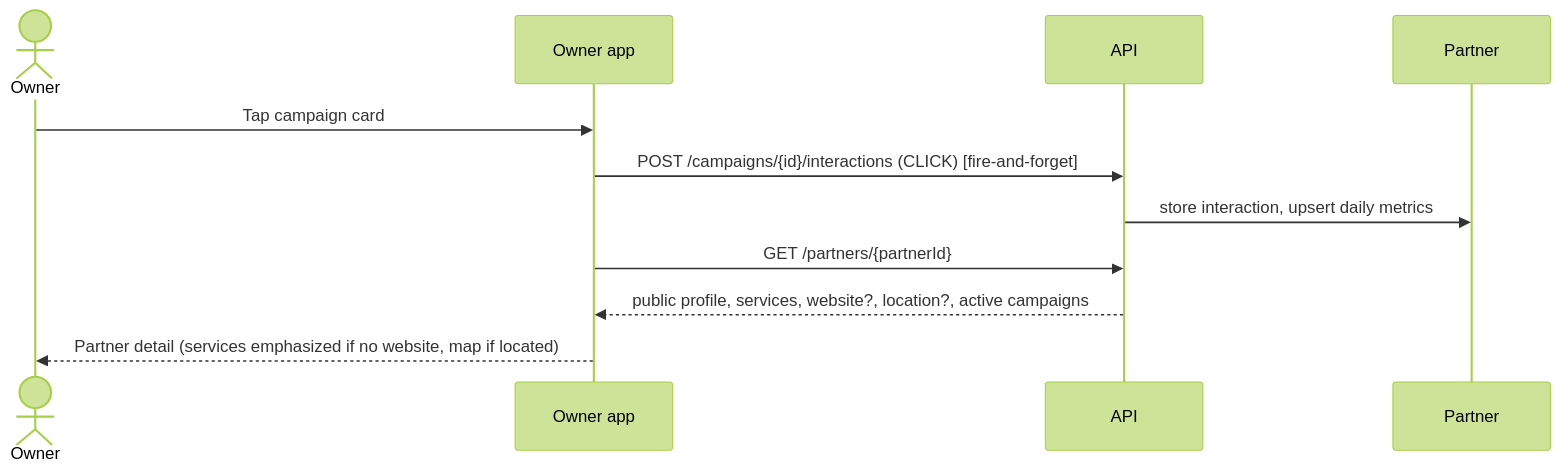
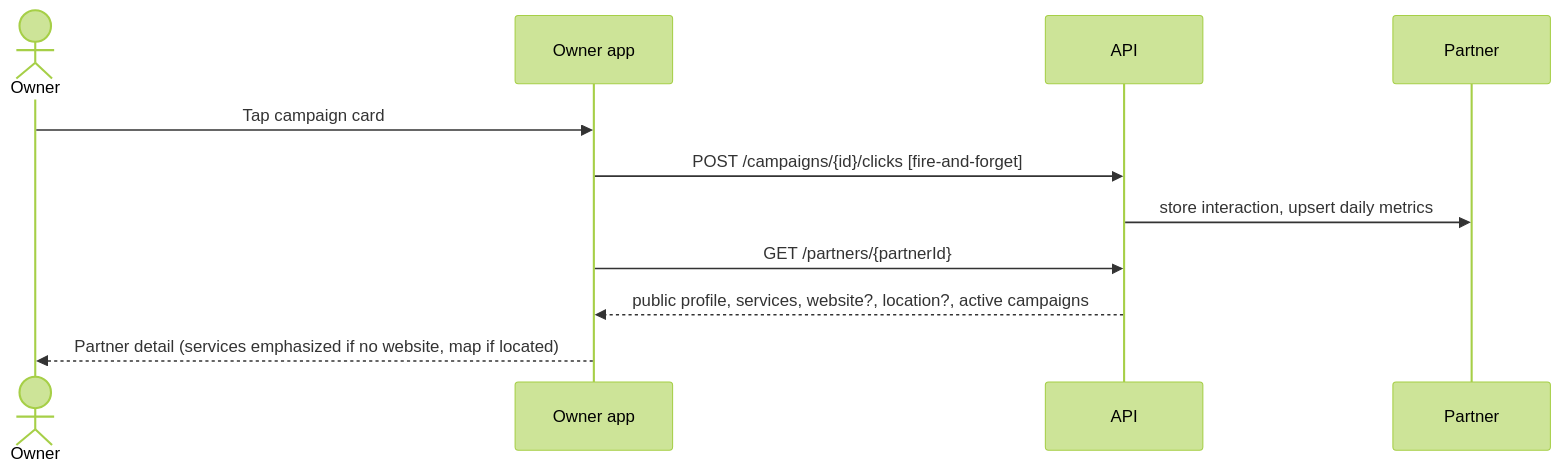
Before and after one commit to i3focus/paw-motion-ai: the ninth of 10 diagrams in docs/design/domain-model.md, drawn with Mermaid (forest theme). The commit also changed other lines of this file and 22 other files, not shown here.

````diff
--- a/docs/design/domain-model.md
+++ b/docs/design/domain-model.md
@@ -198,13 +198,13 @@
 ```mermaid
 sequenceDiagram
     actor Owner
     participant App as Owner app
     participant API
     participant Partner
     Owner->>App: Tap campaign card
-    App->>API: POST /campaigns/{id}/interactions (CLICK) [fire-and-forget]
+    App->>API: POST /campaigns/{id}/clicks [fire-and-forget]
     API->>Partner: store interaction, upsert daily metrics
     App->>API: GET /partners/{partnerId}
     API-->>App: public profile, services, website?, location?, active campaigns
     App-->>Owner: Partner detail (services emphasized if no website, map if located)
 ```
````
